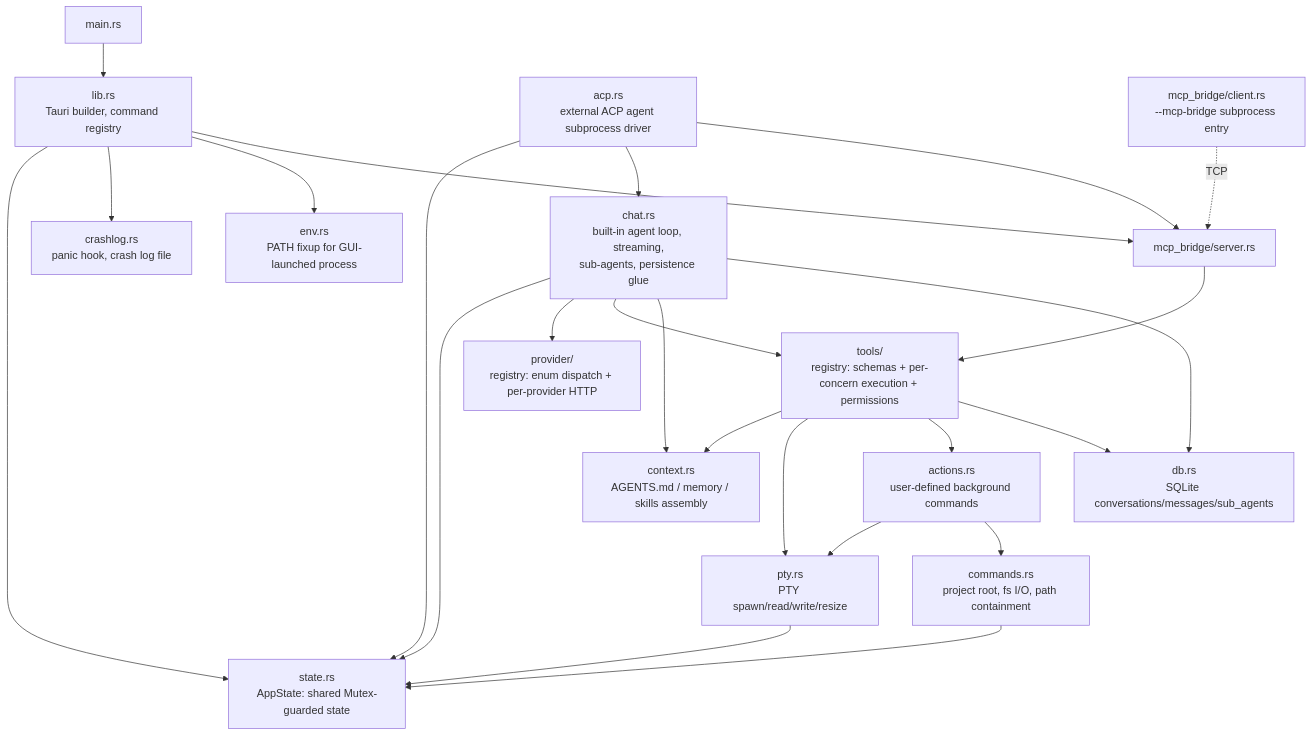
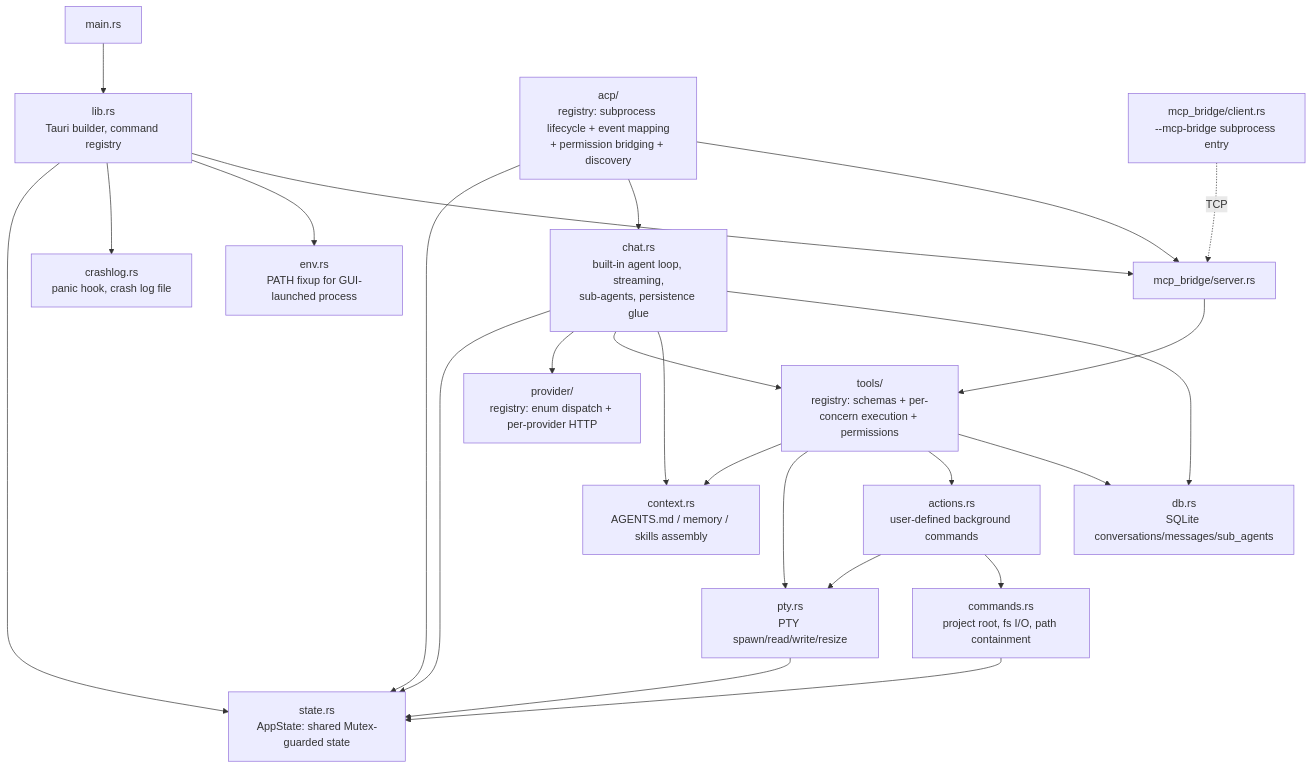
The second of 3 diagrams in ARCHITECTURE.md (patheticGeek/ai-leash), drawn with Mermaid before and after one commit. The commit also changed other lines of this file and 6 other files, not shown here.

````diff
--- a/ARCHITECTURE.md
+++ b/ARCHITECTURE.md
@@ -43,32 +43,32 @@
 ```mermaid
 graph TD
     main[main.rs] --> lib[lib.rs\nTauri builder, command registry]
     lib --> state[state.rs\nAppState: shared Mutex-guarded state]
     lib --> crashlog[crashlog.rs\npanic hook, crash log file]
     lib --> env[env.rs\nPATH fixup for GUI-launched process]
     lib --> mcpsrv[mcp_bridge::server\nloopback listener]
 
     commands[commands.rs\nproject root, fs I/O, path containment] --> state
     pty[pty.rs\nPTY spawn/read/write/resize] --> state
 
     chat[chat.rs\nbuilt-in agent loop, streaming,\nsub-agents, persistence glue] --> state
     chat --> provider[provider/\nregistry: enum dispatch + per-provider HTTP]
     chat --> tools[tools/\nregistry: schemas + per-concern execution + permissions]
     chat --> context[context.rs\nAGENTS.md / memory / skills assembly]
     chat --> db[db.rs\nSQLite conversations/messages/sub_agents]
 
     tools --> context
     tools --> pty
     tools --> actions[actions.rs\nuser-defined background commands]
     tools --> db
 
-    acp[acp.rs\nexternal ACP agent subprocess driver] --> state
+    acp[acp/\nregistry: subprocess lifecycle + event mapping\n+ permission bridging + discovery] --> state
     acp --> chat
     acp --> mcpsrv
 
     mcpsrv[mcp_bridge/server.rs] --> tools
     mcpbridge_client[mcp_bridge/client.rs\n--mcp-bridge subprocess entry] -.TCP.-> mcpsrv
 
     actions --> pty
     actions --> commands
 ```
````
